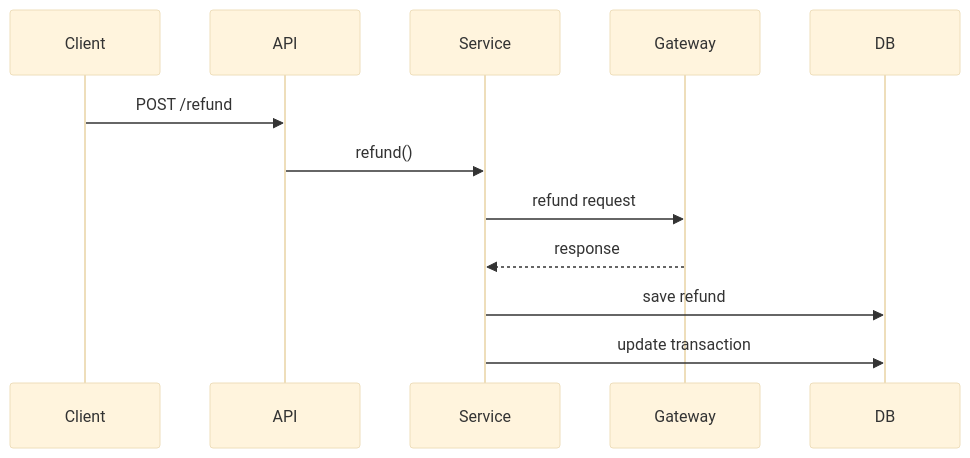
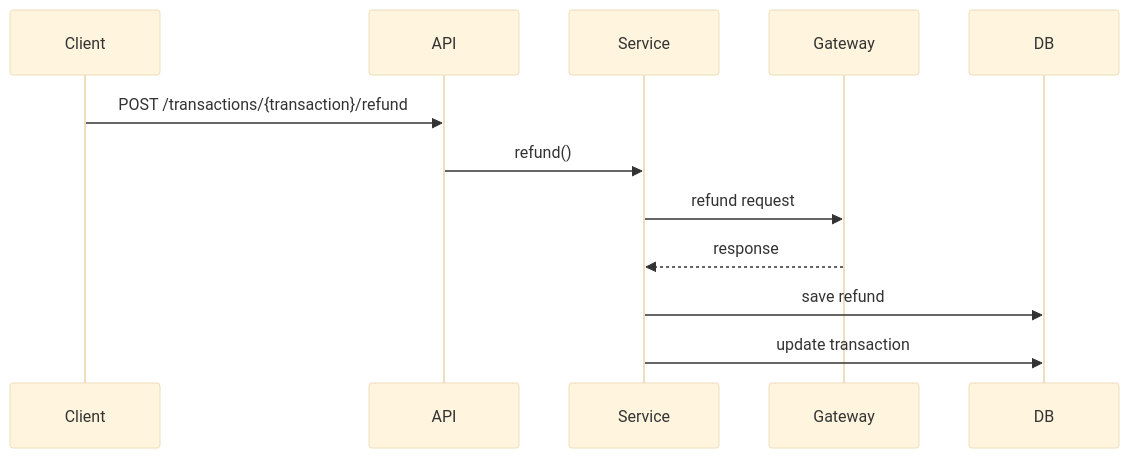
Before and after one commit to Henri-Di/bemobile-backend-challenge: the fourth of 4 diagrams in README.md, drawn with Mermaid (base theme). The commit also changed other lines of this file, not shown here.

Commit message:
docs: align README with final architecture, routes, diagrams and project structure

````diff
--- a/README.md
+++ b/README.md
@@ -306,18 +323,18 @@
 ```mermaid
 sequenceDiagram
 
 participant Client
 participant API
 participant Service
 participant Gateway
 participant DB
 
-Client->>API: POST /refund
+Client->>API: POST /transactions/{transaction}/refund
 API->>Service: refund()
 
 Service->>Gateway: refund request
 Gateway-->>Service: response
 
 Service->>DB: save refund
 Service->>DB: update transaction
 ```
````
